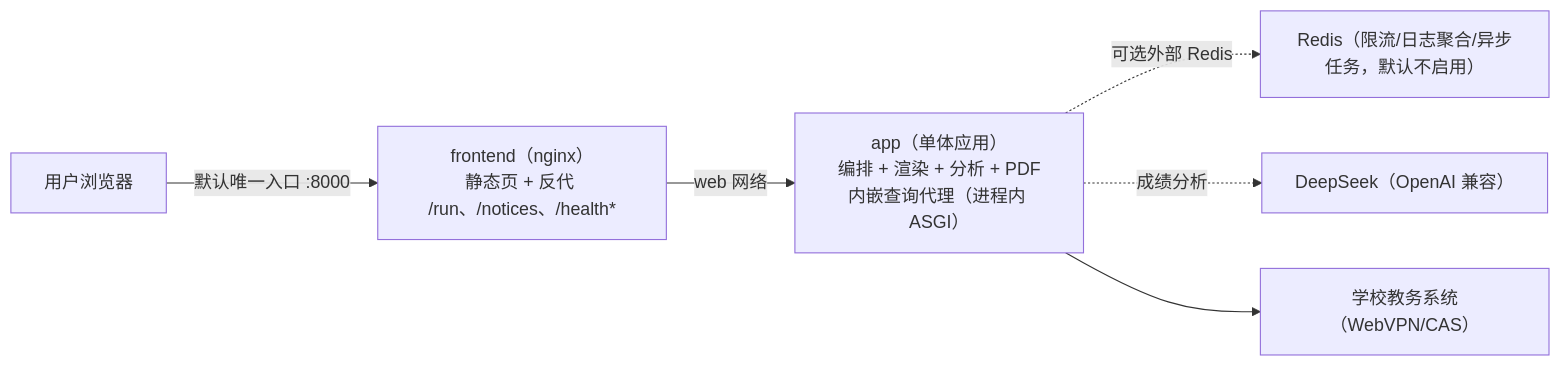
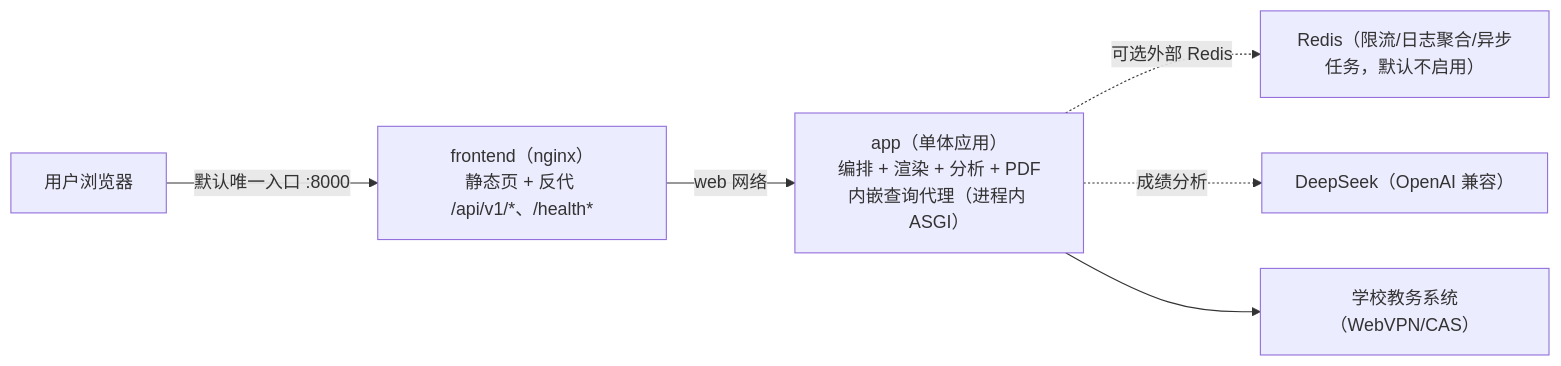
The diagram in README.md (Lzf07123/Stpt-Query), drawn with Mermaid before and after one commit. The commit also changed other lines of this file and 44 other files, not shown here.

````diff
--- a/README.md
+++ b/README.md
@@ -61,8 +63,8 @@
 ```mermaid
 flowchart LR
-    U[用户浏览器] -->|默认唯一入口 :8000| F["frontend（nginx）<br/>静态页 + 反代 /run、/notices、/health*"]
+    U[用户浏览器] -->|默认唯一入口 :8000| F["frontend（nginx）<br/>静态页 + 反代 /api/v1/*、/health*"]
     F -->|web 网络| S["app（单体应用）<br/>编排 + 渲染 + 分析 + PDF<br/>内嵌查询代理（进程内 ASGI）"]
     S -.可选外部 Redis.-> R["Redis（限流/日志聚合/异步任务，默认不启用）"]
     S -.成绩分析.-> L["DeepSeek（OpenAI 兼容）"]
     S --> U2["学校教务系统（WebVPN/CAS）"]
 ```
````
